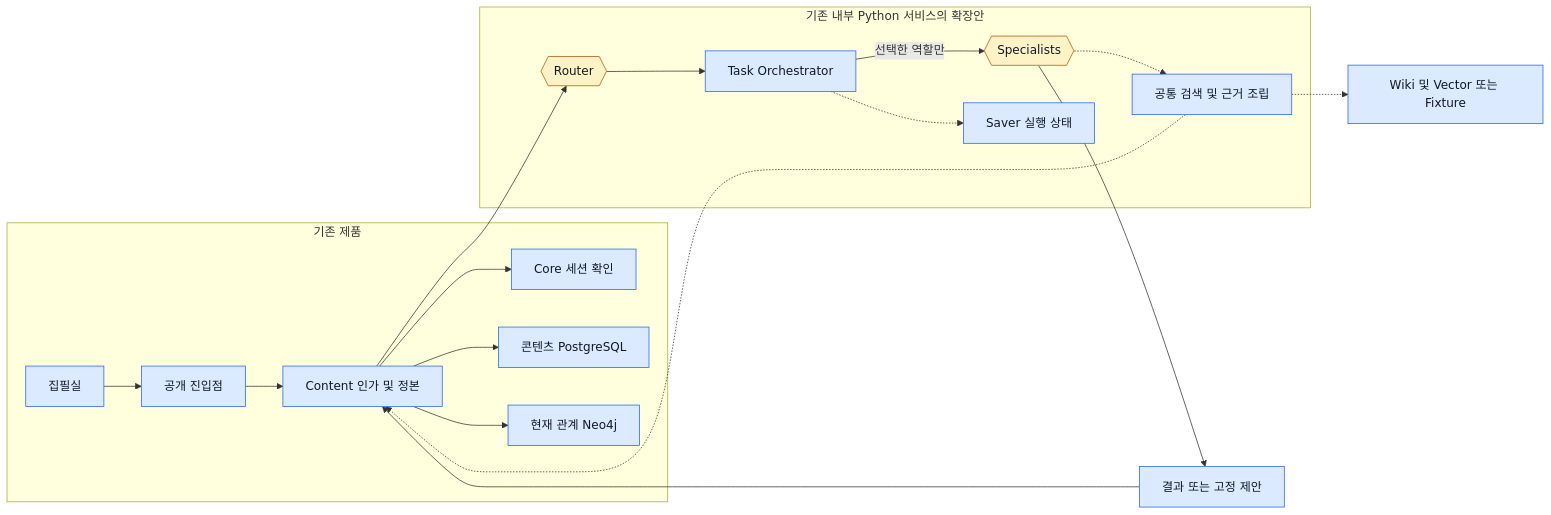
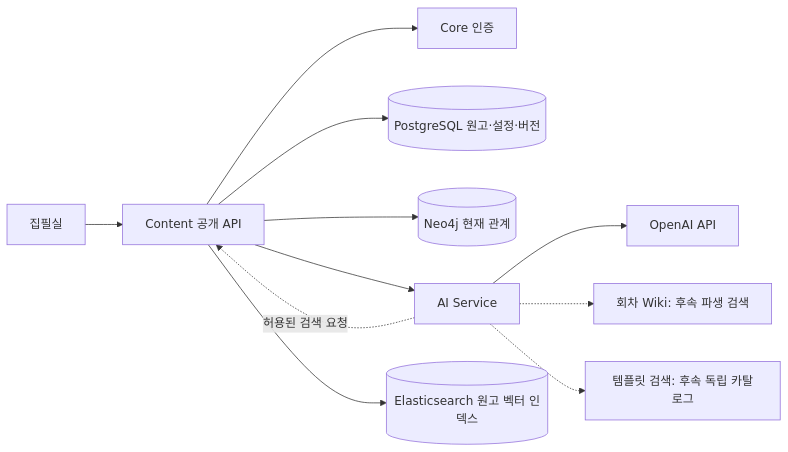
The diagram in docs/writing-ai-architecture/02-ai-architecture.md (SKNETWORKS-FAMILY-AICAMP/SKN34-FINAL-4TEAM), drawn with Mermaid before and after one commit. The commit also changed other lines of this file and 7 other files, not shown here.

````diff
--- a/docs/writing-ai-architecture/02-ai-architecture.md
+++ b/docs/writing-ai-architecture/02-ai-architecture.md
@@ -9,22 +7,13 @@
-```mermaid
+~~~mermaid
 flowchart LR
-    subgraph Product[기존 제품]
-      UI[집필실] --> Web[공개 진입점] --> C[Content 인가 및 정본]
-      C --> Auth[Core 세션 확인]
-      C --> PG[콘텐츠 PostgreSQL]
-      C --> Neo[현재 관계 Neo4j]
-    end
-    subgraph AI[기존 내부 Python 서비스의 확장안]
-      R{{Router}}:::optional --> O[Task Orchestrator]
-      O -->|선택한 역할만| A{{Specialists}}:::optional
-      A -.-> T[공통 검색 및 근거 조립]
-      O -.-> S[Saver 실행 상태]
-    end
-    C --> R
-    T -.-> C
-    T -.-> B[Wiki 및 Vector 또는 Fixture]
-    A --> P[결과 또는 고정 제안]
-    P --> C
-    classDef default fill:#dbeafe,stroke:#2563eb,color:#111827
-    classDef optional fill:#fef3c7,stroke:#b45309,color:#111827
-```
+  UI[집필실] --> API[Content 공개 API]
+  API --> Auth[Core 인증]
+  API --> PG[(PostgreSQL 원고·설정·버전)]
+  API --> Neo[(Neo4j 현재 관계)]
+  API --> AI[AI Service]
+  AI --> OpenAI[OpenAI API]
+  AI -.->|허용된 검색 요청| API
+  API --> ES[(Elasticsearch 원고 벡터 인덱스)]
+  AI -.-> Wiki[회차 Wiki: 후속 파생 검색]
+  AI -.-> Template[템플릿 검색: 후속 독립 카탈로그]
+~~~
````
